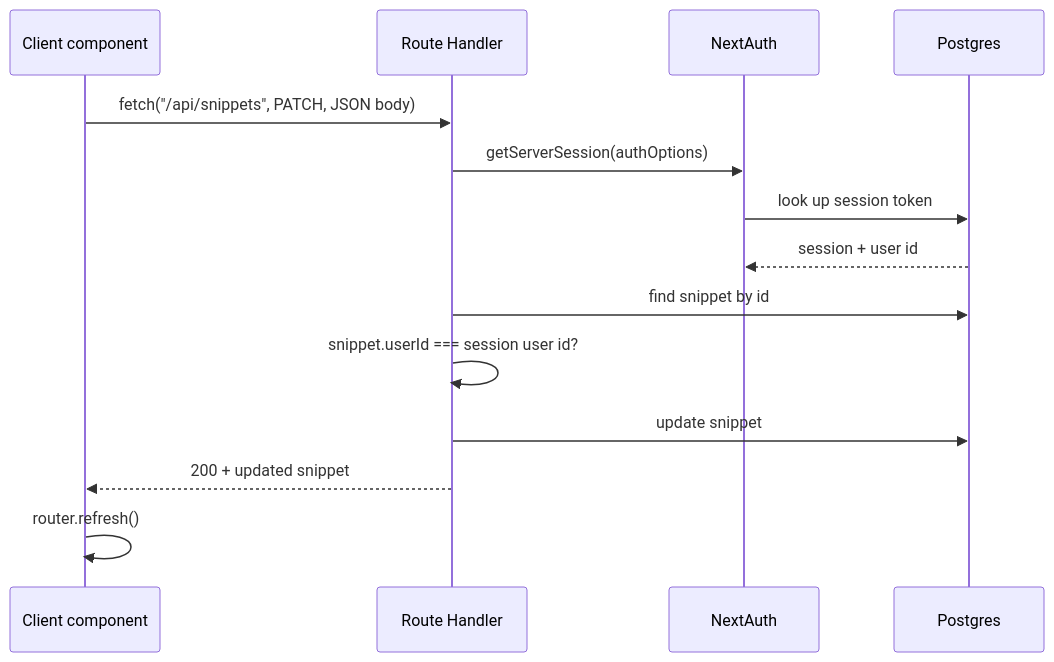
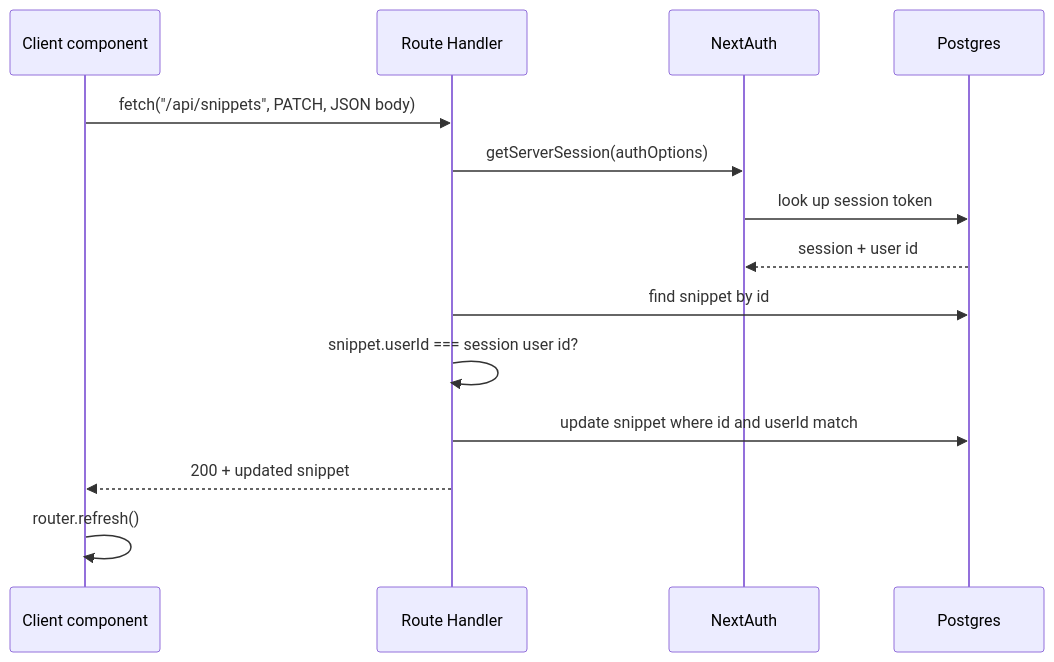
One commit to RyanDanielWalker/snippr changed the second of 4 diagrams in docs/ARCHITECTURE.md. Above: the diagram before and after it, drawn with Mermaid. The commit also changed other lines of this file and 1 other file, not shown here.

Commit message:
docs: describe writes scoped by userId and tick off the roadmap item

````diff
--- a/docs/ARCHITECTURE.md
+++ b/docs/ARCHITECTURE.md
@@ -62,17 +62,17 @@
 ```mermaid
 sequenceDiagram
     participant UI as Client component
     participant RH as Route Handler
     participant NA as NextAuth
     participant DB as Postgres
 
     UI->>RH: fetch("/api/snippets", PATCH, JSON body)
     RH->>NA: getServerSession(authOptions)
     NA->>DB: look up session token
     DB-->>NA: session + user id
     RH->>DB: find snippet by id
     RH->>RH: snippet.userId === session user id?
-    RH->>DB: update snippet
+    RH->>DB: update snippet where id and userId match
     RH-->>UI: 200 + updated snippet
     UI->>UI: router.refresh()
 ```
````
